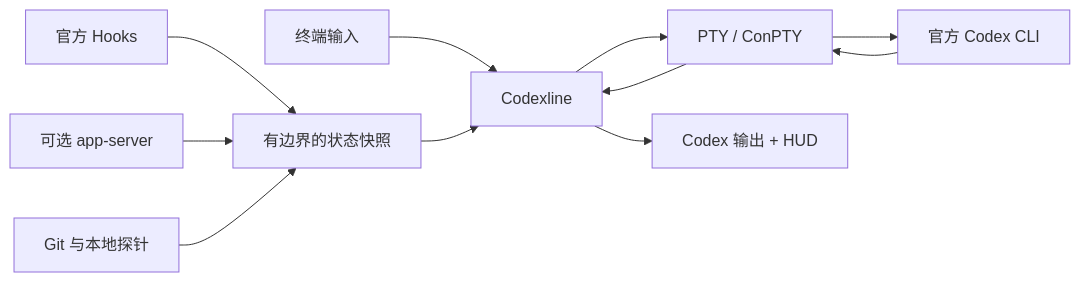
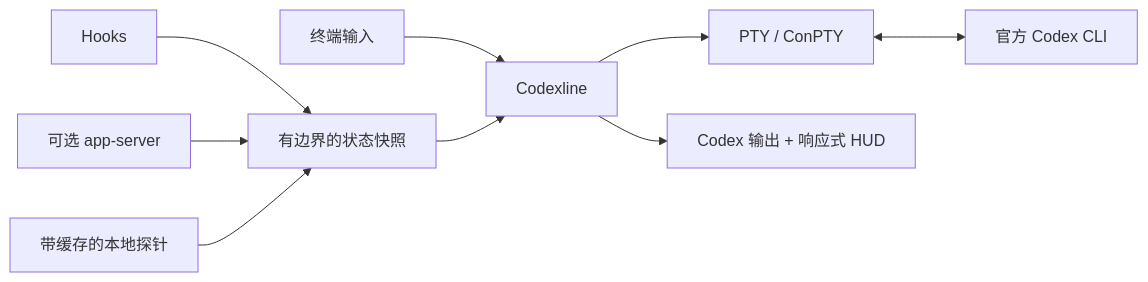
One commit to YongshengWin/codex-cli-codexline changed the diagram in README.zh-CN.md. Above: the diagram before and after it, drawn with Mermaid. The commit also changed other lines of this file and 3 other files, not shown here.

````diff
--- a/README.zh-CN.md
+++ b/README.zh-CN.md
@@ -310,13 +203,11 @@
 ```mermaid
 flowchart LR
-    User["终端输入"] --> Companion["Codexline"]
-    Companion --> PTY["PTY / ConPTY"]
-    PTY --> Codex["官方 Codex CLI"]
-    Codex --> PTY
-    PTY --> Companion
-    Hooks["官方 Hooks"] --> State["有边界的状态快照"]
+    Input["终端输入"] --> CL["Codexline"]
+    CL --> PTY["PTY / ConPTY"]
+    PTY <--> Codex["官方 Codex CLI"]
+    Hooks["Hooks"] --> State["有边界的状态快照"]
     Sidecar["可选 app-server"] --> State
-    Local["Git 与本地探针"] --> State
-    State --> Companion
-    Companion --> Screen["Codex 输出 + HUD"]
+    Local["带缓存的本地探针"] --> State
+    State --> CL
+    CL --> Screen["Codex 输出 + 响应式 HUD"]
 ```
````
